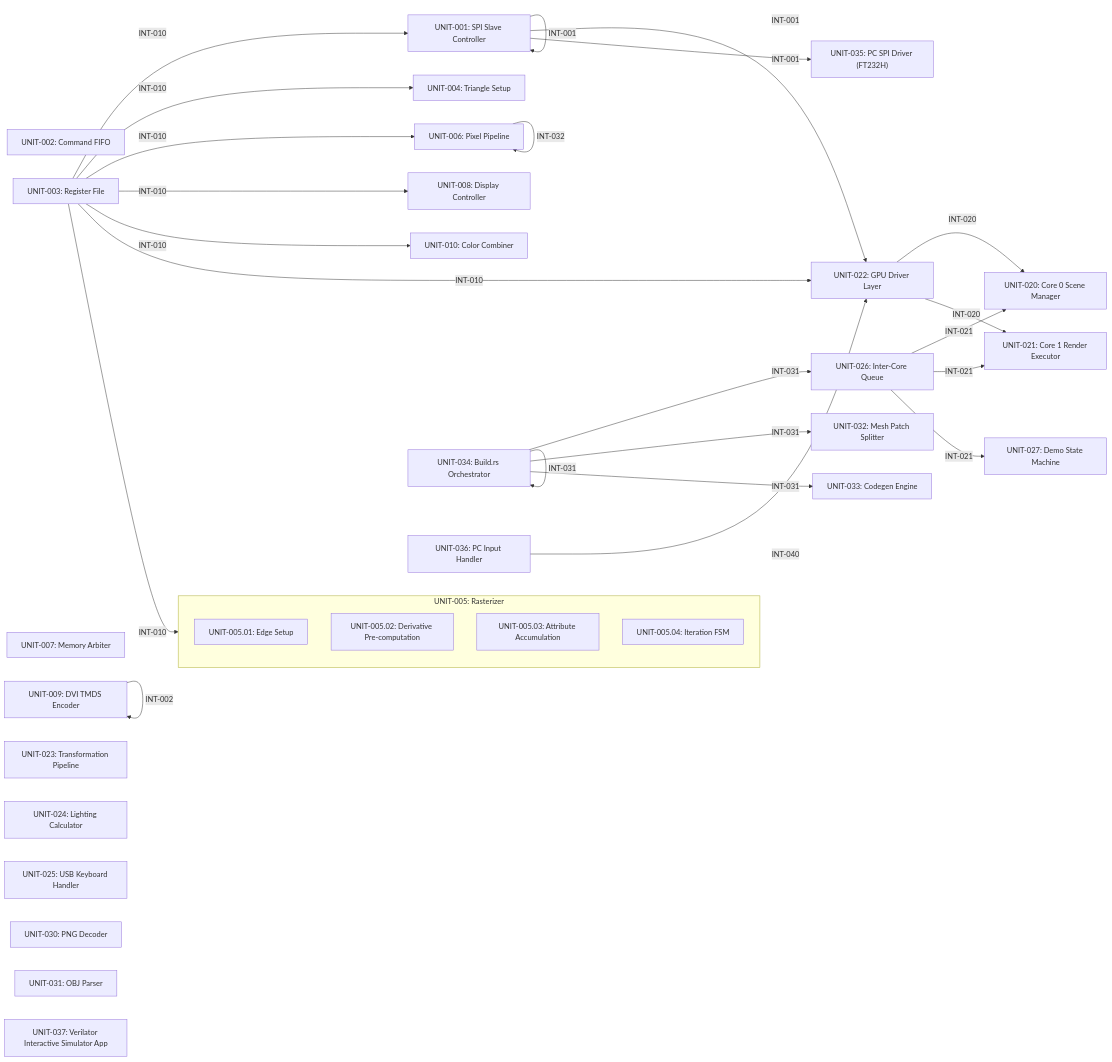
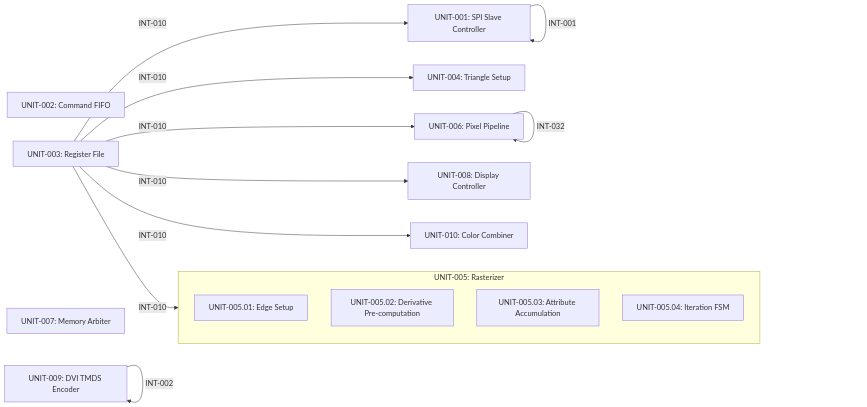
One commit to londey/pico-gs changed the second of 2 diagrams in ARCHITECTURE.md. Above: the diagram before and after it, drawn with Mermaid. The commit also changed other lines of this file and 89 other files, not shown here.

````diff
--- a/ARCHITECTURE.md
+++ b/ARCHITECTURE.md
@@ -347,56 +347,27 @@
 ```mermaid
 flowchart LR
     UNIT_001["UNIT-001: SPI Slave Controller"]
     UNIT_002["UNIT-002: Command FIFO"]
     UNIT_003["UNIT-003: Register File"]
     UNIT_004["UNIT-004: Triangle Setup"]
     subgraph UNIT_005["UNIT-005: Rasterizer"]
         UNIT_005_01["UNIT-005.01: Edge Setup"]
         UNIT_005_02["UNIT-005.02: Derivative Pre-computation"]
         UNIT_005_03["UNIT-005.03: Attribute Accumulation"]
         UNIT_005_04["UNIT-005.04: Iteration FSM"]
     end
     UNIT_006["UNIT-006: Pixel Pipeline"]
     UNIT_007["UNIT-007: Memory Arbiter"]
     UNIT_008["UNIT-008: Display Controller"]
     UNIT_009["UNIT-009: DVI TMDS Encoder"]
     UNIT_010["UNIT-010: Color Combiner"]
-    UNIT_020["UNIT-020: Core 0 Scene Manager"]
-    UNIT_021["UNIT-021: Core 1 Render Executor"]
-    UNIT_022["UNIT-022: GPU Driver Layer"]
-    UNIT_023["UNIT-023: Transformation Pipeline"]
-    UNIT_024["UNIT-024: Lighting Calculator"]
-    UNIT_025["UNIT-025: USB Keyboard Handler"]
-    UNIT_026["UNIT-026: Inter-Core Queue"]
-    UNIT_027["UNIT-027: Demo State Machine"]
-    UNIT_030["UNIT-030: PNG Decoder"]
-    UNIT_031["UNIT-031: OBJ Parser"]
-    UNIT_032["UNIT-032: Mesh Patch Splitter"]
-    UNIT_033["UNIT-033: Codegen Engine"]
-    UNIT_034["UNIT-034: Build.rs Orchestrator"]
-    UNIT_035["UNIT-035: PC SPI Driver (FT232H)"]
-    UNIT_036["UNIT-036: PC Input Handler"]
-    UNIT_037["UNIT-037: Verilator Interactive Simulator App"]
     UNIT_001 -->|INT-001| UNIT_001
-    UNIT_001 -->|INT-001| UNIT_022
-    UNIT_001 -->|INT-001| UNIT_035
     UNIT_009 -->|INT-002| UNIT_009
     UNIT_003 -->|INT-010| UNIT_001
     UNIT_003 -->|INT-010| UNIT_004
     UNIT_003 -->|INT-010| UNIT_005
     UNIT_003 -->|INT-010| UNIT_006
     UNIT_003 -->|INT-010| UNIT_008
     UNIT_003 -->|INT-010| UNIT_010
-    UNIT_003 -->|INT-010| UNIT_022
-    UNIT_022 -->|INT-020| UNIT_020
-    UNIT_022 -->|INT-020| UNIT_021
-    UNIT_026 -->|INT-021| UNIT_020
-    UNIT_026 -->|INT-021| UNIT_021
-    UNIT_026 -->|INT-021| UNIT_027
-    UNIT_034 -->|INT-031| UNIT_026
-    UNIT_034 -->|INT-031| UNIT_032
-    UNIT_034 -->|INT-031| UNIT_033
-    UNIT_034 -->|INT-031| UNIT_034
     UNIT_006 -->|INT-032| UNIT_006
-    UNIT_036 -->|INT-040| UNIT_022
 ```
````
